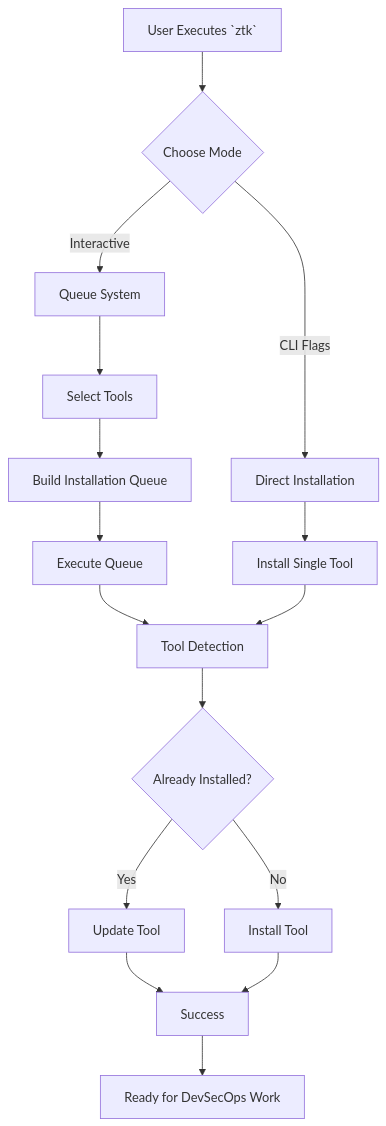
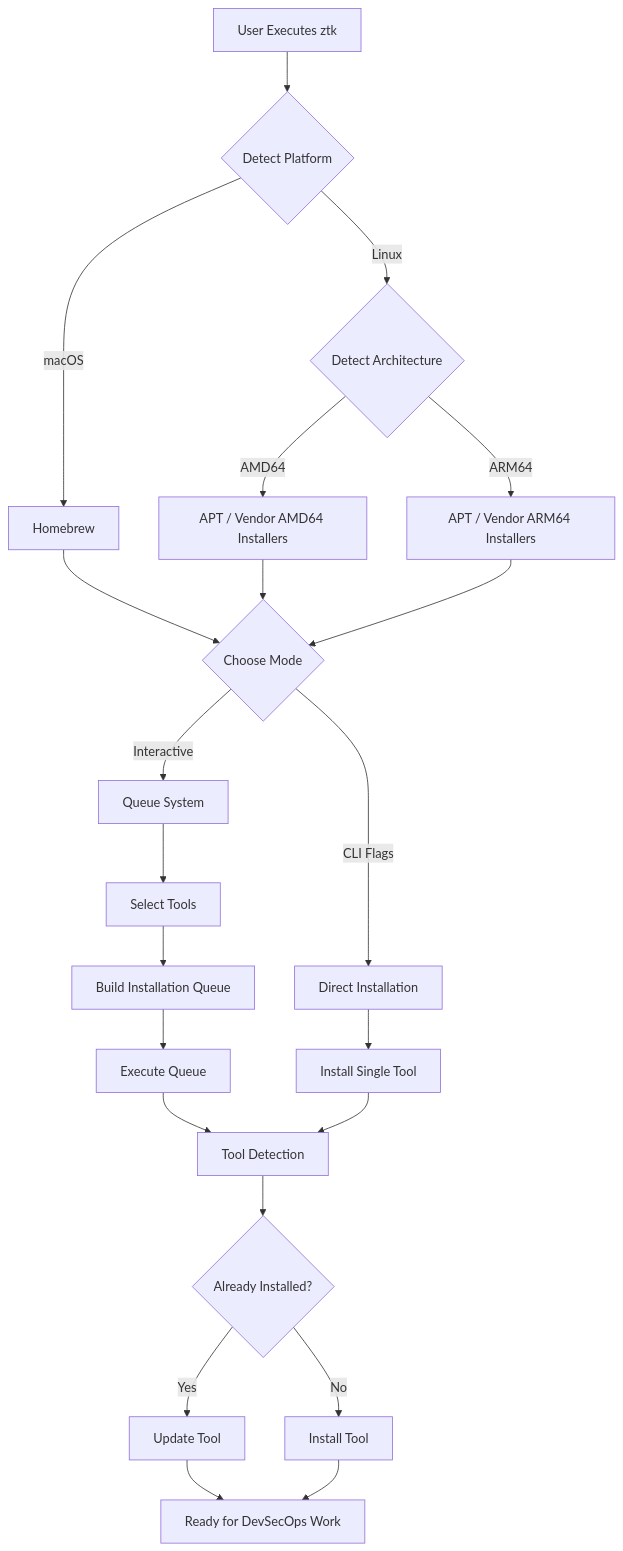
The diagram in README.md (Daxxtropezz/ZeroTrustKit), drawn with Mermaid before and after one commit. The commit also changed other lines of this file and 2 other files, not shown here.

Commit message:
Add macOS, ARM64, and Azure CLI support for v1.2.0

````diff
--- a/README.md
+++ b/README.md
@@ -32,27 +41,32 @@
 ```mermaid
 graph TD
+    A[User Executes ztk] --> B{Detect Platform}
+    B -->|Linux| C{Detect Architecture}
+    B -->|macOS| D[Homebrew]
 
-    A[User Executes `ztk`] --> B{Choose Mode}
+    C -->|AMD64| E[APT / Vendor AMD64 Installers]
+    C -->|ARM64| F[APT / Vendor ARM64 Installers]
 
-    B -->|Interactive| C[Queue System]
-    B -->|CLI Flags| D[Direct Installation]
+    D --> G{Choose Mode}
+    E --> G
+    F --> G
 
-    C --> E[Select Tools]
-    E --> F[Build Installation Queue]
-    F --> G[Execute Queue]
+    G -->|Interactive| H[Queue System]
+    G -->|CLI Flags| I[Direct Installation]
 
-    D --> H[Install Single Tool]
+    H --> J[Select Tools]
+    J --> K[Build Installation Queue]
+    K --> L[Execute Queue]
 
-    G --> I[Tool Detection]
-    H --> I
+    I --> M[Install Single Tool]
 
-    I --> J{Already Installed?}
+    L --> N[Tool Detection]
+    M --> N
 
-    J -->|Yes| K[Update Tool]
-    J -->|No| L[Install Tool]
+    N --> O{Already Installed?}
+    O -->|Yes| P[Update Tool]
+    O -->|No| Q[Install Tool]
 
-    K --> M[Success]
-    L --> M
-
-    M --> N[Ready for DevSecOps Work]
+    P --> R[Ready for DevSecOps Work]
+    Q --> R
 ```
````
